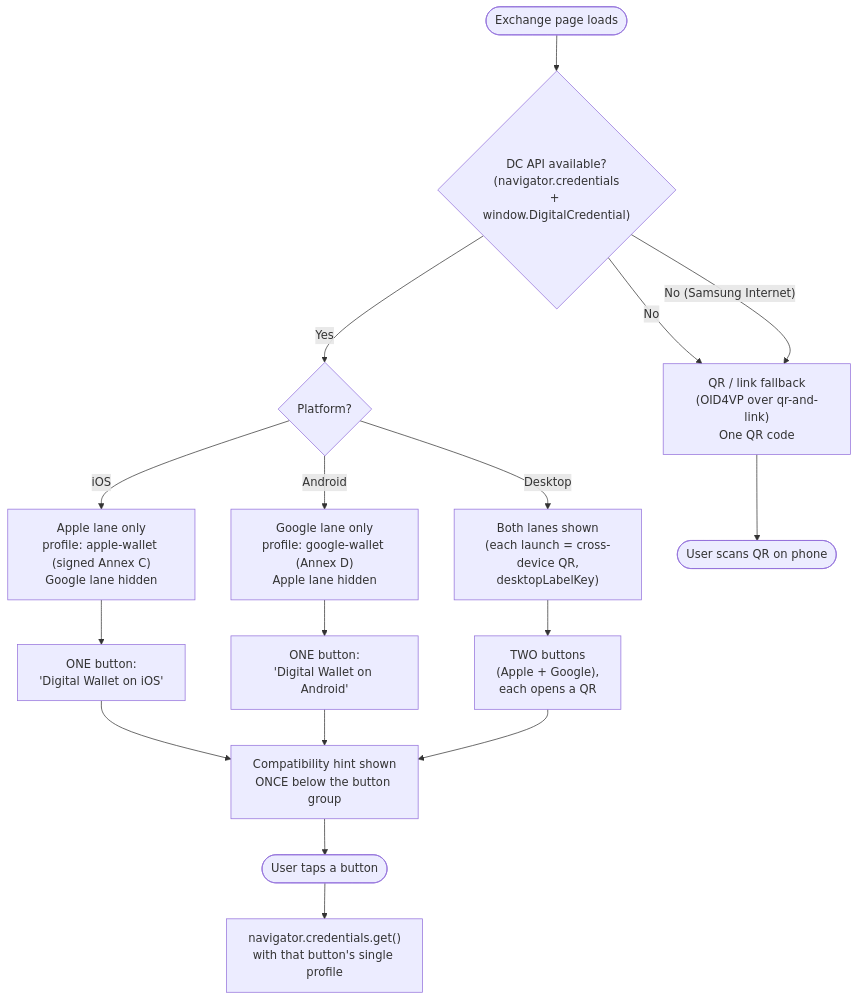
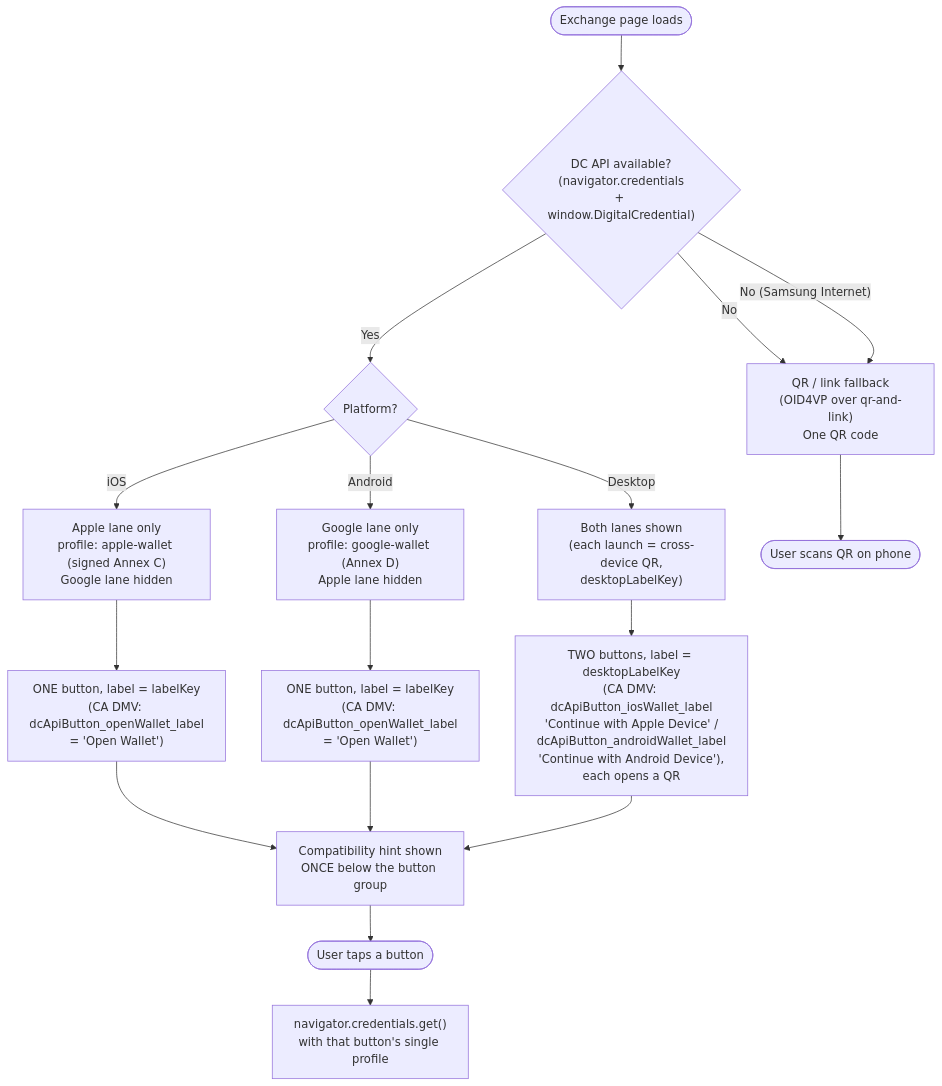
One commit to stateofca/opencred changed the diagram in docs/notes/dc-api-button-flow.md. Above: the diagram before and after it, drawn with Mermaid. The commit also changed other lines of this file, not shown here.

First line of the commit message:
Reference label keys, not fixed text, in the flow diagram.

````diff
--- a/docs/notes/dc-api-button-flow.md
+++ b/docs/notes/dc-api-button-flow.md
@@ -7,24 +7,24 @@
 ```mermaid
 flowchart TD
     start([Exchange page loads]) --> dcapi{"DC API available?\n(navigator.credentials\n+ window.DigitalCredential)"}
 
     dcapi -- No --> qr["QR / link fallback\n(OID4VP over qr-and-link)\nOne QR code"]
     dcapi -- "No (Samsung Internet)" --> qr
 
     dcapi -- Yes --> plat{Platform?}
 
     plat -- iOS --> ios["Apple lane only\nprofile: apple-wallet (signed Annex C)\nGoogle lane hidden"]
     plat -- Android --> android["Google lane only\nprofile: google-wallet (Annex D)\nApple lane hidden"]
     plat -- "Desktop" --> desktop["Both lanes shown\n(each launch = cross-device QR,\ndesktopLabelKey)"]
 
-    ios --> oneBtnIos["ONE button:\n'Digital Wallet on iOS'"]
-    android --> oneBtnAnd["ONE button:\n'Digital Wallet on Android'"]
-    desktop --> twoBtn["TWO buttons\n(Apple + Google),\neach opens a QR"]
+    ios --> oneBtnIos["ONE button, label = labelKey\n(CA DMV: dcApiButton_openWallet_label\n= 'Open Wallet')"]
+    android --> oneBtnAnd["ONE button, label = labelKey\n(CA DMV: dcApiButton_openWallet_label\n= 'Open Wallet')"]
+    desktop --> twoBtn["TWO buttons, label = desktopLabelKey\n(CA DMV: dcApiButton_iosWallet_label\n'Continue with Apple Device' /\ndcApiButton_androidWallet_label\n'Continue with Android Device'),\neach opens a QR"]
 
     oneBtnIos --> hint["Compatibility hint shown\nONCE below the button group"]
     oneBtnAnd --> hint
     twoBtn --> hint
 
     hint --> tap([User taps a button]) --> get["navigator.credentials.get()\nwith that button's single profile"]
     qr --> scan([User scans QR on phone])
 ```
````
